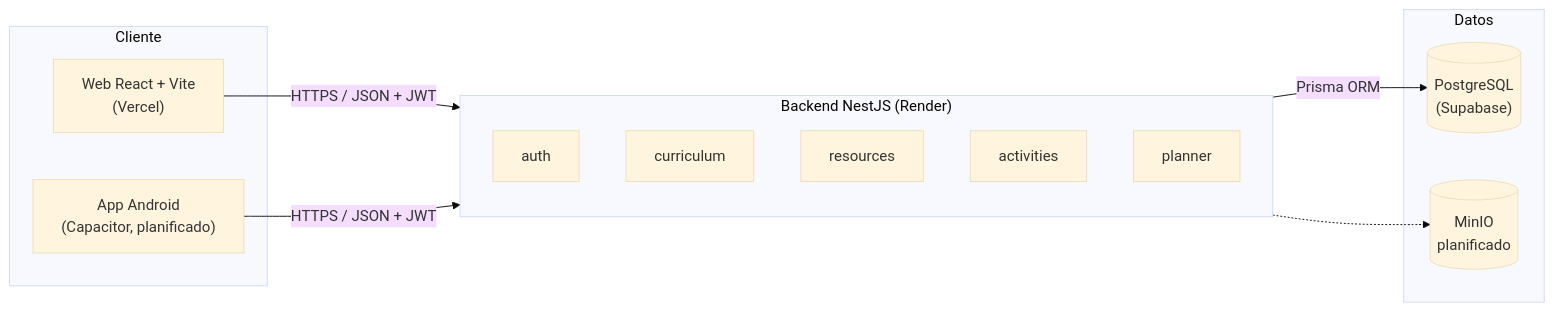
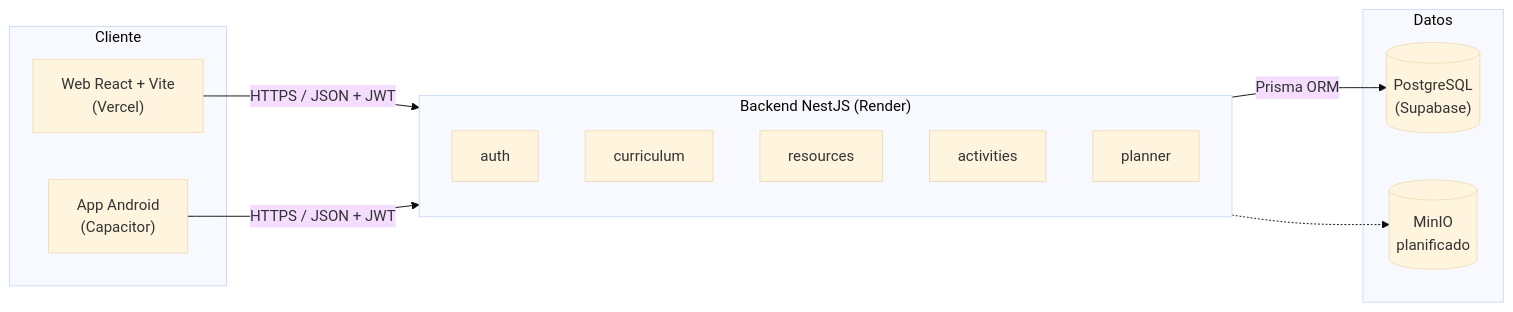
Before and after one commit to alcayuqueo/proyectCAPSTON: the diagram in README.md, drawn with Mermaid (base theme). The commit also changed other lines of this file and 19 other files, not shown here.

Commit message:
feat(android): app Android con Capacitor 7 y APK; informe final completo

````diff
--- a/README.md
+++ b/README.md
@@ -54,22 +54,22 @@
 ```mermaid
 flowchart LR
     subgraph Cliente["Cliente"]
         W["Web React + Vite<br/>(Vercel)"]
-        M["App Android<br/>(Capacitor, planificado)"]
+        M["App Android<br/>(Capacitor)"]
     end
     subgraph API["Backend NestJS (Render)"]
         A[auth]
         C[curriculum]
         R[resources]
         AC[activities]
         P[planner]
     end
     subgraph Datos["Datos"]
         DB[("PostgreSQL<br/>(Supabase)")]
         S[("MinIO<br/>planificado")]
     end
     W -- "HTTPS / JSON + JWT" --> API
     M -- "HTTPS / JSON + JWT" --> API
     API -- "Prisma ORM" --> DB
     API -.-> S
 ```
````
